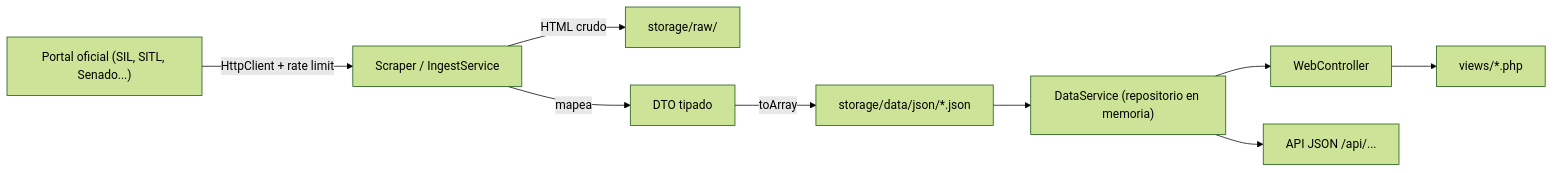
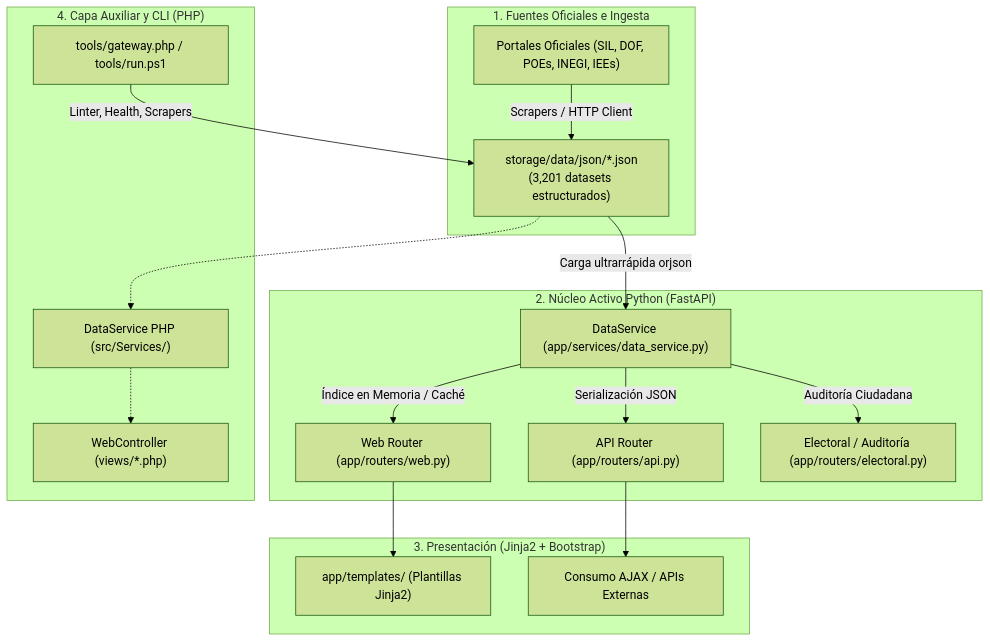
One commit to elpulsocivico/pulso-civico changed the diagram in docs/ARQUITECTURA.md. Above: the diagram before and after it, drawn with Mermaid (forest theme). The commit also changed other lines of this file and 1 other file, not shown here.

Commit message:
docs(stack): actualizar documentacion en README y ARQUITECTURA reflejando la migracion al stack Python FastAPI

````diff
--- a/docs/ARQUITECTURA.md
+++ b/docs/ARQUITECTURA.md
@@ -10,11 +13,24 @@
 ```mermaid
-flowchart LR
-  A["Portal oficial (SIL, SITL, Senado...)"] -->|HttpClient + rate limit| B["Scraper / IngestService"]
-  B -->|HTML crudo| R["storage/raw/"]
-  B -->|mapea| C["DTO tipado"]
-  C -->|toArray| D["storage/data/json/*.json"]
-  D --> E["DataService (repositorio en memoria)"]
-  E --> F["WebController"]
-  F --> G["views/*.php"]
-  E --> H["API JSON /api/..."]
+flowchart TD
+  subgraph Ingesta["1. Fuentes Oficiales e Ingesta"]
+    A["Portales Oficiales (SIL, DOF, POEs, INEGI, IEEs)"] -->|Scrapers / HTTP Client| B["storage/data/json/*.json\n(3,201 datasets estructurados)"]
+  end
+
+  subgraph Backend["2. Núcleo Activo Python (FastAPI)"]
+    B -->|Carga ultrarrápida orjson| DS["DataService (app/services/data_service.py)"]
+    DS -->|Índice en Memoria / Caché| R_WEB["Web Router (app/routers/web.py)"]
+    DS -->|Serialización JSON| R_API["API Router (app/routers/api.py)"]
+    DS -->|Auditoría Ciudadana| R_ELEC["Electoral / Auditoría (app/routers/electoral.py)"]
+  end
+
+  subgraph Frontend["3. Presentación (Jinja2 + Bootstrap)"]
+    R_WEB --> TPL["app/templates/ (Plantillas Jinja2)"]
+    R_API --> CLIENT["Consumo AJAX / APIs Externas"]
+  end
+
+  subgraph Contingencia["4. Capa Auxiliar y CLI (PHP)"]
+    B -.-> DS_PHP["DataService PHP (src/Services/)"]
+    DS_PHP -.-> PHP_WEB["WebController (views/*.php)"]
+    GATEWAY["tools/gateway.php / tools/run.ps1"] -->|Linter, Health, Scrapers| B
+  end
 ```
````
